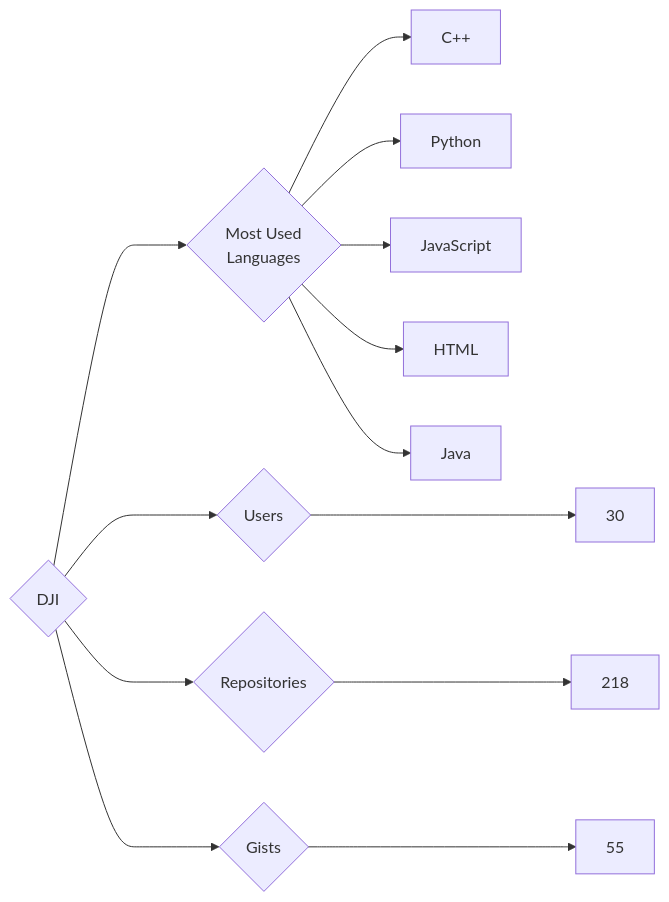
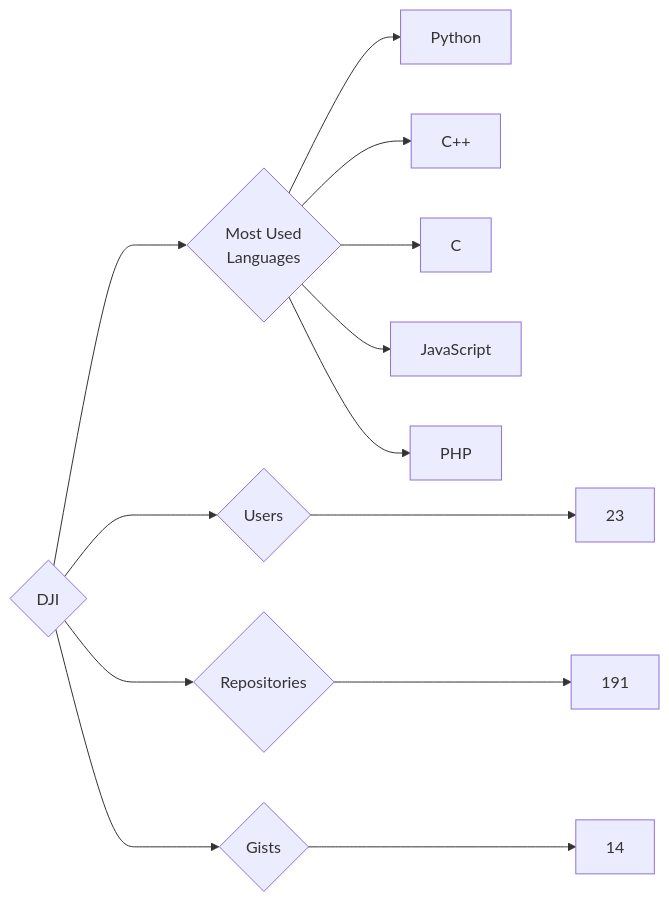
One commit to trickest/insiders changed the diagram in targets/DJI/README.md. Above: the diagram before and after it, drawn with Mermaid. The commit also changed 610 other files, not shown here.

````diff
--- a/targets/DJI/README.md
+++ b/targets/DJI/README.md
@@ -3,13 +3,13 @@
 ```mermaid
 graph LR
 COMPANY_NAME{DJI}
-COMPANY_NAME ---> U{Users} ---> UN[30]
-COMPANY_NAME ---> R{Repositories} ---> RN[218]
-COMPANY_NAME ---> G{Gists} ---> GN[55]
+COMPANY_NAME ---> U{Users} ---> UN[23]
+COMPANY_NAME ---> R{Repositories} ---> RN[191]
+COMPANY_NAME ---> G{Gists} ---> GN[14]
 COMPANY_NAME ---> ML{Most Used<br>Languages}
+ML --> Python[Python]
 ML --> C++[C++]
-ML --> Python[Python]
+ML --> C[C]
 ML --> JavaScript[JavaScript]
-ML --> HTML[HTML]
-ML --> Java[Java]
+ML --> PHP[PHP]
 ```
````
